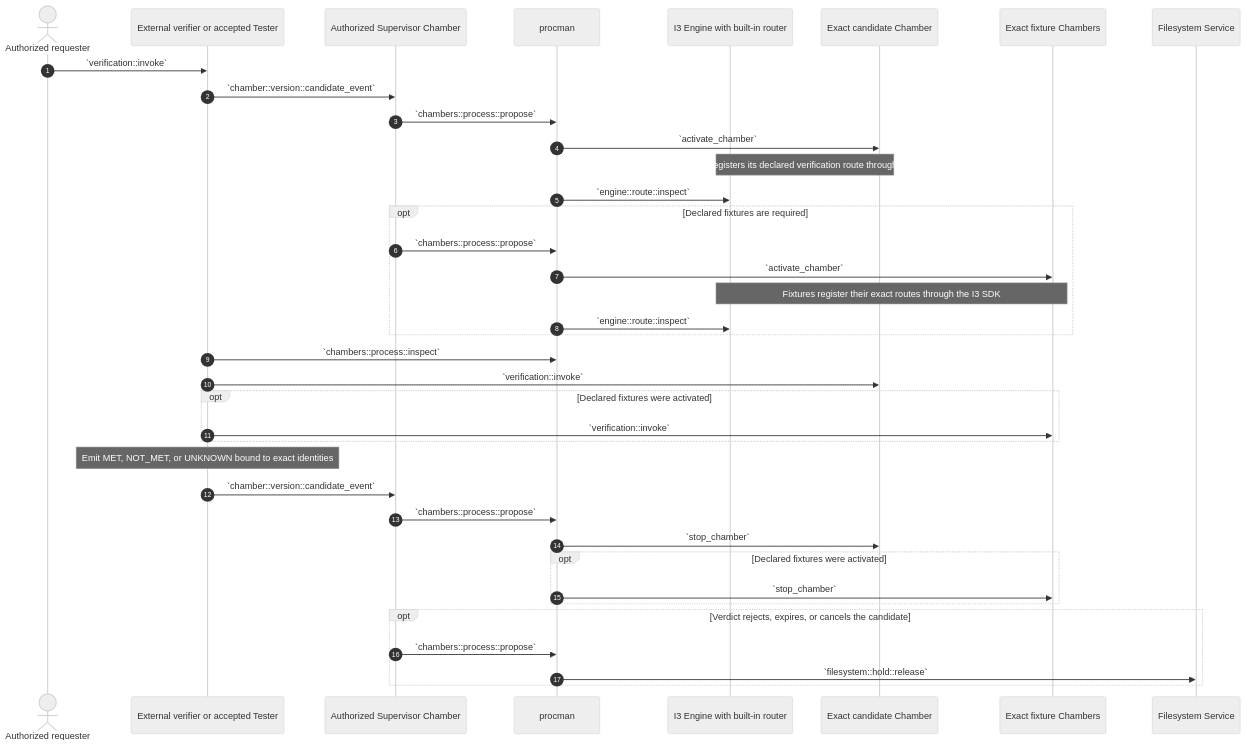
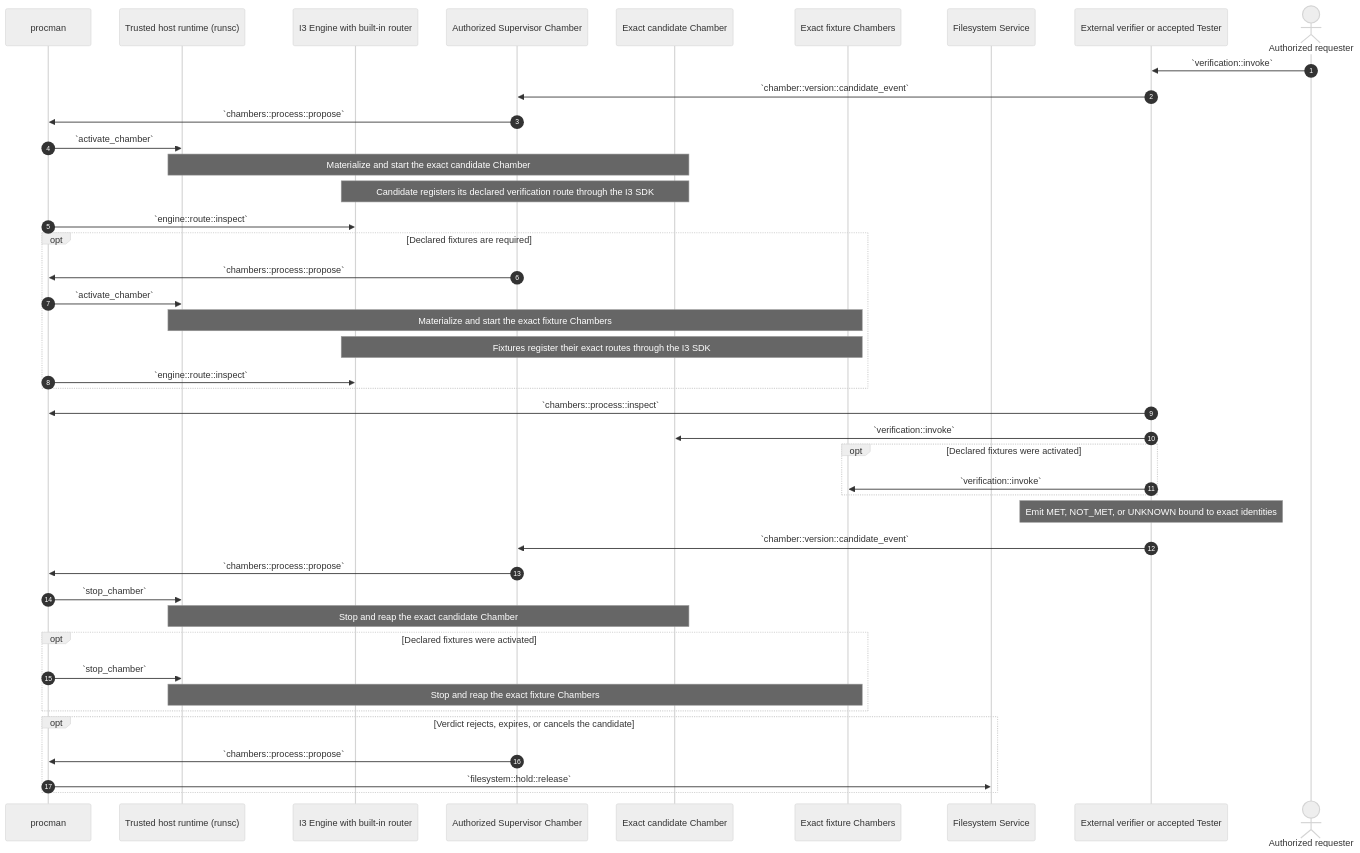
The ninth of 11 diagrams in source/chambers-lifecycle-sequences.md (dreamcatcher-tech/chambers-lifecycle-explorer), drawn with Mermaid (neutral theme) before and after one commit. The commit also changed other lines of this file and 9 other files, not shown here.

````diff
--- a/source/chambers-lifecycle-sequences.md
+++ b/source/chambers-lifecycle-sequences.md
@@ -778,47 +800,52 @@
 ```mermaid
 sequenceDiagram
     autonumber
-    actor Requester as Authorized requester
-    participant Verifier as External verifier or accepted Tester
+    participant procman
+    participant Runtime as Trusted host runtime (runsc)
+    participant Engine as I3 Engine with built-in router
     participant Supervisor as Authorized Supervisor Chamber
-    participant procman
-    participant Engine as I3 Engine with built-in router
     participant Candidate as Exact candidate Chamber
     participant Fixtures as Exact fixture Chambers
     participant Filesystem as Filesystem Service
+    participant Verifier as External verifier or accepted Tester
+    actor Requester as Authorized requester
 
     Requester->>Verifier: `verification::invoke`
     Verifier->>Supervisor: `chamber::version::candidate_event`
     Supervisor->>procman: `chambers::process::propose`
-    procman->>Candidate: `activate_chamber`
+    procman->>Runtime: `activate_chamber`
+    Note over Runtime,Candidate: Materialize and start the exact candidate Chamber
     Note over Candidate,Engine: Candidate registers its declared verification route through the I3 SDK
     procman->>Engine: `engine::route::inspect`
 
     opt Declared fixtures are required
         Supervisor->>procman: `chambers::process::propose`
-        procman->>Fixtures: `activate_chamber`
+        procman->>Runtime: `activate_chamber`
+        Note over Runtime,Fixtures: Materialize and start the exact fixture Chambers
         Note over Fixtures,Engine: Fixtures register their exact routes through the I3 SDK
         procman->>Engine: `engine::route::inspect`
     end
 
     Verifier->>procman: `chambers::process::inspect`
 
     Verifier->>Candidate: `verification::invoke`
     opt Declared fixtures were activated
         Verifier->>Fixtures: `verification::invoke`
     end
     Note over Verifier: Emit MET, NOT_MET, or UNKNOWN bound to exact identities
     Verifier->>Supervisor: `chamber::version::candidate_event`
 
     Supervisor->>procman: `chambers::process::propose`
-    procman->>Candidate: `stop_chamber`
+    procman->>Runtime: `stop_chamber`
+    Note over Runtime,Candidate: Stop and reap the exact candidate Chamber
     opt Declared fixtures were activated
-        procman->>Fixtures: `stop_chamber`
+        procman->>Runtime: `stop_chamber`
+        Note over Runtime,Fixtures: Stop and reap the exact fixture Chambers
     end
 
     opt Verdict rejects, expires, or cancels the candidate
         Supervisor->>procman: `chambers::process::propose`
         procman->>Filesystem: `filesystem::hold::release`
     end
 
 ```
````
